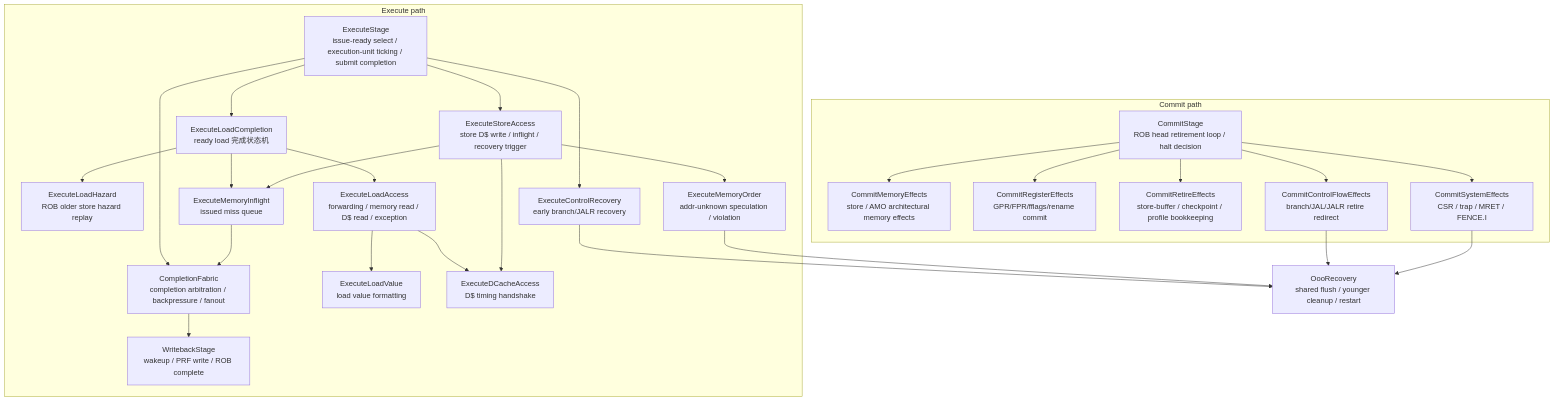
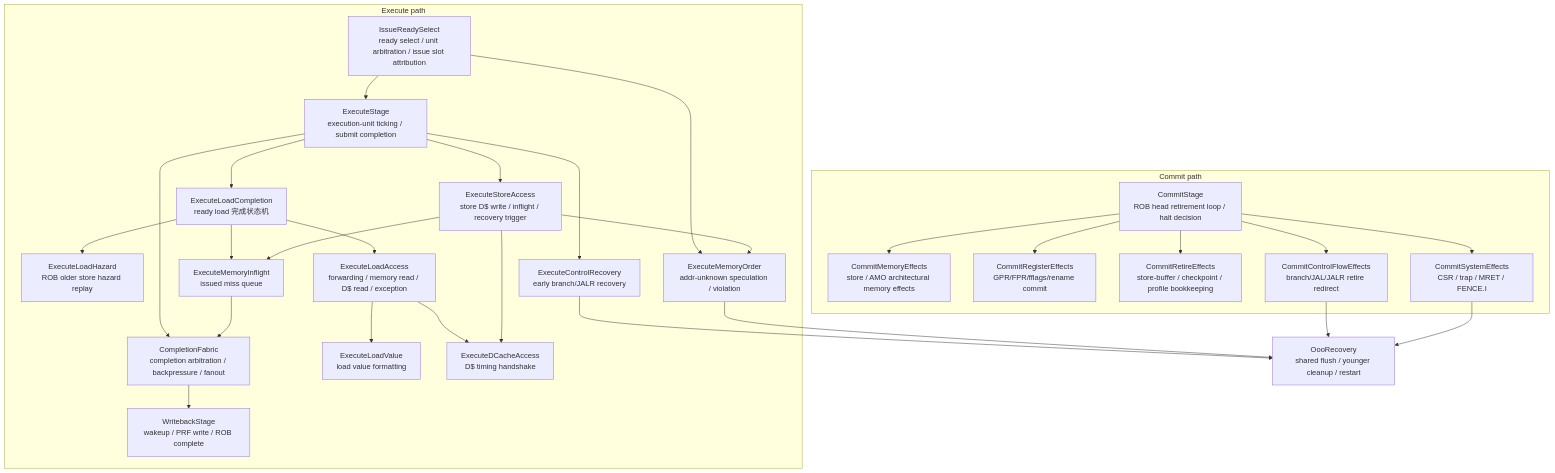
The fourth of 4 diagrams in ARCHITECTURE.md (jensen-yan/risc-v-simulator), drawn with Mermaid before and after one commit. The commit also changed other lines of this file and 21 other files, not shown here.

First line of the commit message:
refactor: 收束 OOO Issue Ready Select 边界

````diff
--- a/ARCHITECTURE.md
+++ b/ARCHITECTURE.md
@@ -125,53 +125,56 @@
 ```mermaid
 flowchart TD
   subgraph Execute["Execute path"]
-    ES["ExecuteStage\nissue-ready select / execution-unit ticking / submit completion"]
+    IRS["IssueReadySelect\nready select / unit arbitration / issue slot attribution"]
+    ES["ExecuteStage\nexecution-unit ticking / submit completion"]
     CF["CompletionFabric\ncompletion arbitration / backpressure / fanout"]
     WS["WritebackStage\nwakeup / PRF write / ROB complete"]
     ELC["ExecuteLoadCompletion\nready load 完成状态机"]
     ELH["ExecuteLoadHazard\nROB older store hazard replay"]
     ELA["ExecuteLoadAccess\nforwarding / memory read / D$ read / exception"]
     ELV["ExecuteLoadValue\nload value formatting"]
     ESA["ExecuteStoreAccess\nstore D$ write / inflight / recovery trigger"]
     EDC["ExecuteDCacheAccess\nD$ timing handshake"]
     EMI["ExecuteMemoryInflight\nissued miss queue"]
     EMO["ExecuteMemoryOrder\naddr-unknown speculation / violation"]
     ECR["ExecuteControlRecovery\nearly branch/JALR recovery"]
   end
 
   subgraph Commit["Commit path"]
     CS["CommitStage\nROB head retirement loop / halt decision"]
     CME["CommitMemoryEffects\nstore / AMO architectural memory effects"]
     CRE["CommitRegisterEffects\nGPR/FPR/fflags/rename commit"]
     CRT["CommitRetireEffects\nstore-buffer / checkpoint / profile bookkeeping"]
     CCF["CommitControlFlowEffects\nbranch/JAL/JALR retire redirect"]
     CSE["CommitSystemEffects\nCSR / trap / MRET / FENCE.I"]
   end
 
   REC["OooRecovery\nshared flush / younger cleanup / restart"]
 
+  IRS --> ES
+  IRS --> EMO
   ES --> ELC
   ES --> CF
   ELC --> ELH
   ELC --> ELA
   ELA --> ELV
   ELA --> EDC
   ELC --> EMI
   ES --> ESA
   ESA --> EDC
   ESA --> EMI
   ESA --> EMO
   ES --> ECR
   EMI --> CF
   CF --> WS
   ECR --> REC
   EMO --> REC
 
   CS --> CME
   CS --> CRE
   CS --> CRT
   CS --> CCF
   CS --> CSE
   CCF --> REC
   CSE --> REC
 ```
````
